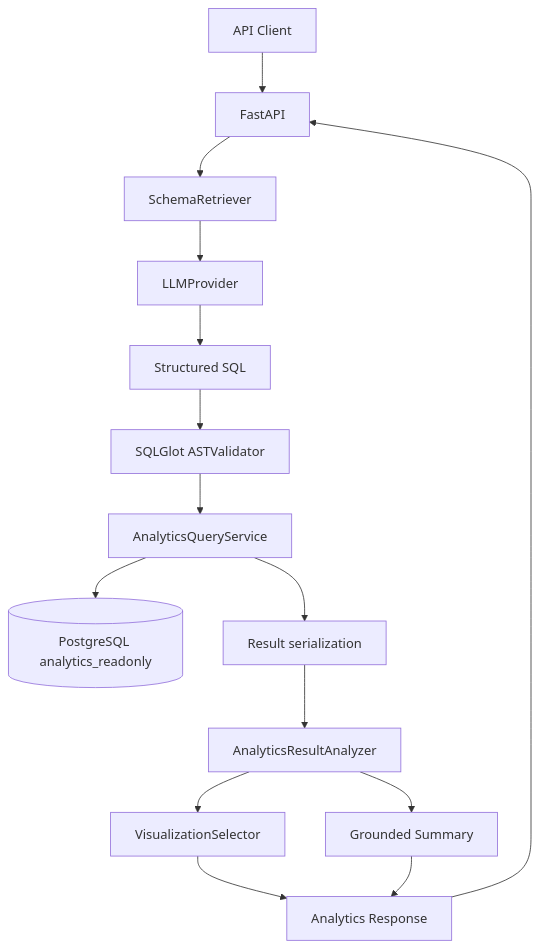
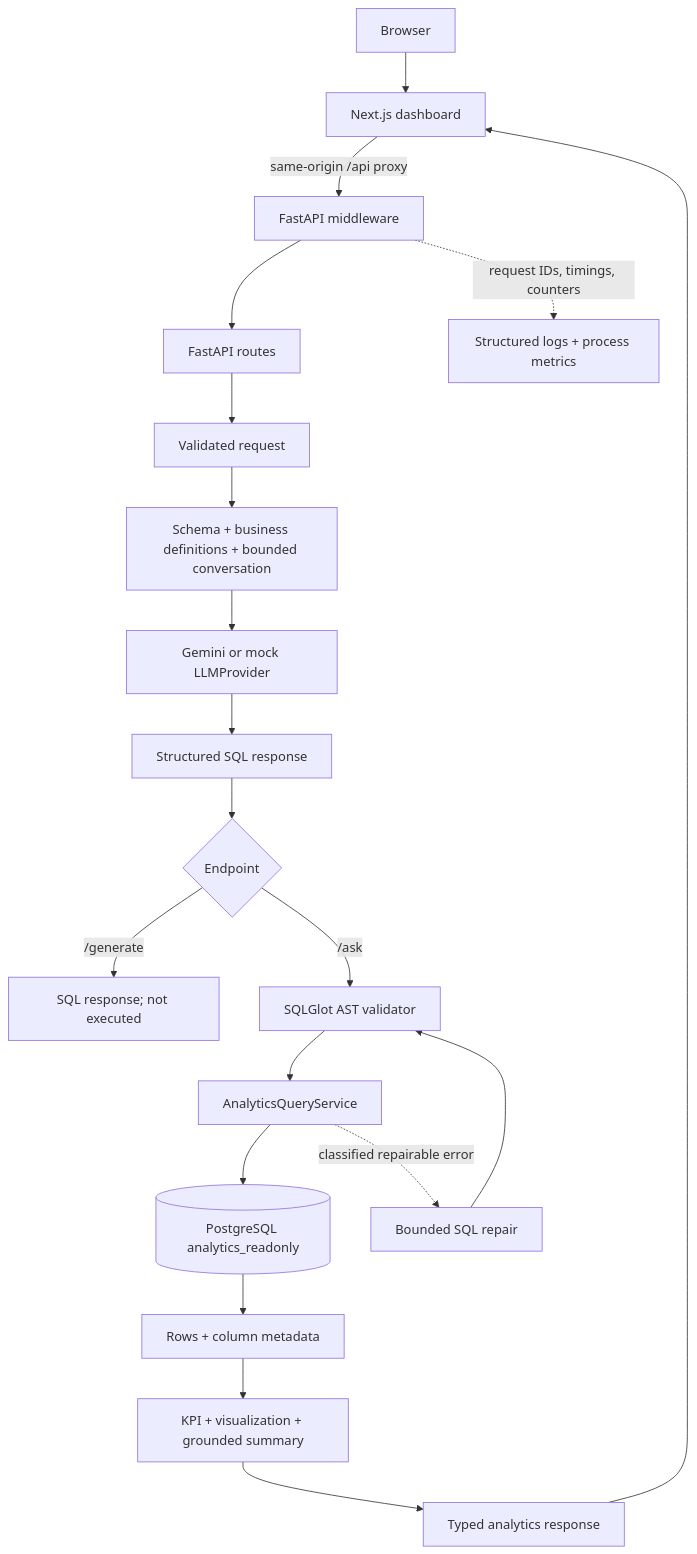
The diagram in docs/architecture.md (TitanMashy/ai-sql-analytics-copilot), drawn with Mermaid before and after one commit. The commit also changed other lines of this file and 5 other files, not shown here.

````diff
--- a/docs/architecture.md
+++ b/docs/architecture.md
@@ -3,17 +3,22 @@
 ```mermaid
 flowchart TD
-    Client[API Client] --> API[FastAPI]
-    API --> Retrieval[SchemaRetriever]
-    Retrieval --> Provider[LLMProvider]
-    Provider --> Generation[Structured SQL]
-    Generation --> Validation[SQLGlot ASTValidator]
-    Validation --> Service[AnalyticsQueryService]
-    Service --> Analytics[(PostgreSQL analytics_readonly)]
-    Service --> Serialization[Result serialization]
-    Serialization --> Analyzer[AnalyticsResultAnalyzer]
-    Analyzer --> Visualization[VisualizationSelector]
-    Analyzer --> Summary[Grounded Summary]
-    Visualization --> Response[Analytics Response]
-    Summary --> Response
-    Response --> API
+    Browser[Browser] --> Next[Next.js dashboard]
+    Next -->|same-origin /api proxy| Middleware[FastAPI middleware]
+    Middleware --> API[FastAPI routes]
+    API --> Request[Validated request]
+    Request --> Context[Schema + business definitions + bounded conversation]
+    Context --> Provider[Gemini or mock LLMProvider]
+    Provider --> Parsed[Structured SQL response]
+    Parsed --> Generate{Endpoint}
+    Generate -->|/generate| SQLResponse[SQL response; not executed]
+    Generate -->|/ask| Validator[SQLGlot AST validator]
+    Validator --> Executor[AnalyticsQueryService]
+    Executor --> DB[(PostgreSQL analytics_readonly)]
+    DB --> Results[Rows + column metadata]
+    Results --> Intelligence[KPI + visualization + grounded summary]
+    Intelligence --> Response[Typed analytics response]
+    Response --> Next
+    Executor -. classified repairable error .-> Repair[Bounded SQL repair]
+    Repair --> Validator
+    Middleware -. request IDs, timings, counters .-> Ops[Structured logs + process metrics]
 ```
````
